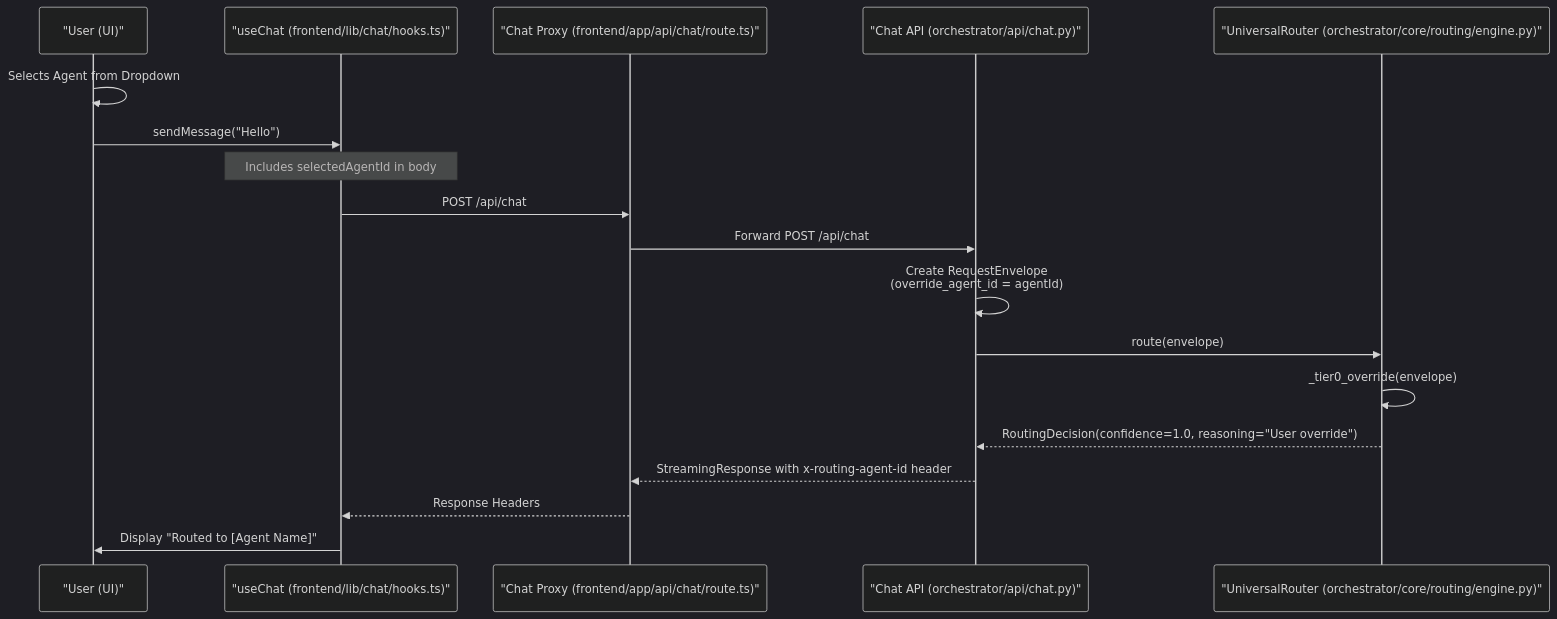
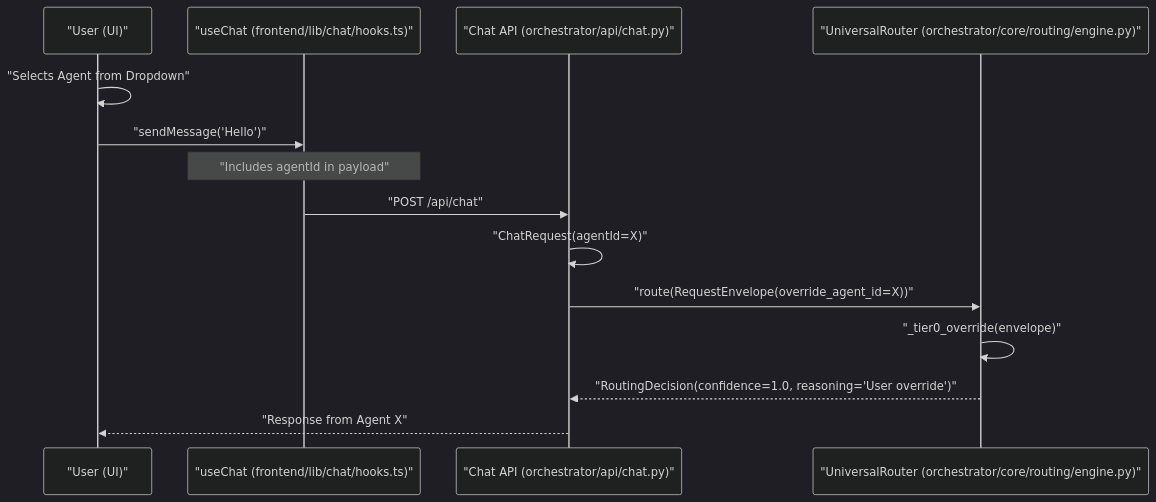
Before and after one commit to AutomatosAI/automatos-ai: the second of 3 diagrams in docs/universal-router/tier-0-user-overrides.md, drawn with Mermaid (dark theme). The commit also changed other lines of this file and 191 other files, not shown here.

````diff
--- a/docs/universal-router/tier-0-user-overrides.md
+++ b/docs/universal-router/tier-0-user-overrides.md
@@ -115,21 +119,17 @@
 ```mermaid
 sequenceDiagram
     participant User as "User (UI)"
     participant Hook as "useChat (frontend/lib/chat/hooks.ts)"
-    participant Proxy as "Chat Proxy (frontend/app/api/chat/route.ts)"
     participant API as "Chat API (orchestrator/api/chat.py)"
     participant Router as "UniversalRouter (orchestrator/core/routing/engine.py)"
 
-    User->>User: Selects Agent from Dropdown
-    User->>Hook: sendMessage("Hello")
-    Note over Hook: Includes selectedAgentId in body
-    Hook->>Proxy: POST /api/chat
-    Proxy->>API: Forward POST /api/chat
-    API->>API: Create RequestEnvelope<br/>(override_agent_id = agentId)
-    API->>Router: route(envelope)
-    Router->>Router: _tier0_override(envelope)
-    Router-->>API: RoutingDecision(confidence=1.0, reasoning="User override")
-    API-->>Proxy: StreamingResponse with x-routing-agent-id header
-    Proxy-->>Hook: Response Headers
-    Hook->>User: Display "Routed to [Agent Name]"
+    User->>User: "Selects Agent from Dropdown"
+    User->>Hook: "sendMessage('Hello')"
+    Note over Hook: "Includes agentId in payload"
+    Hook->>API: "POST /api/chat"
+    API->>API: "ChatRequest(agentId=X)"
+    API->>Router: "route(RequestEnvelope(override_agent_id=X))"
+    Router->>Router: "_tier0_override(envelope)"
+    Router-->>API: "RoutingDecision(confidence=1.0, reasoning='User override')"
+    API-->>User: "Response from Agent X"
 ```
````
